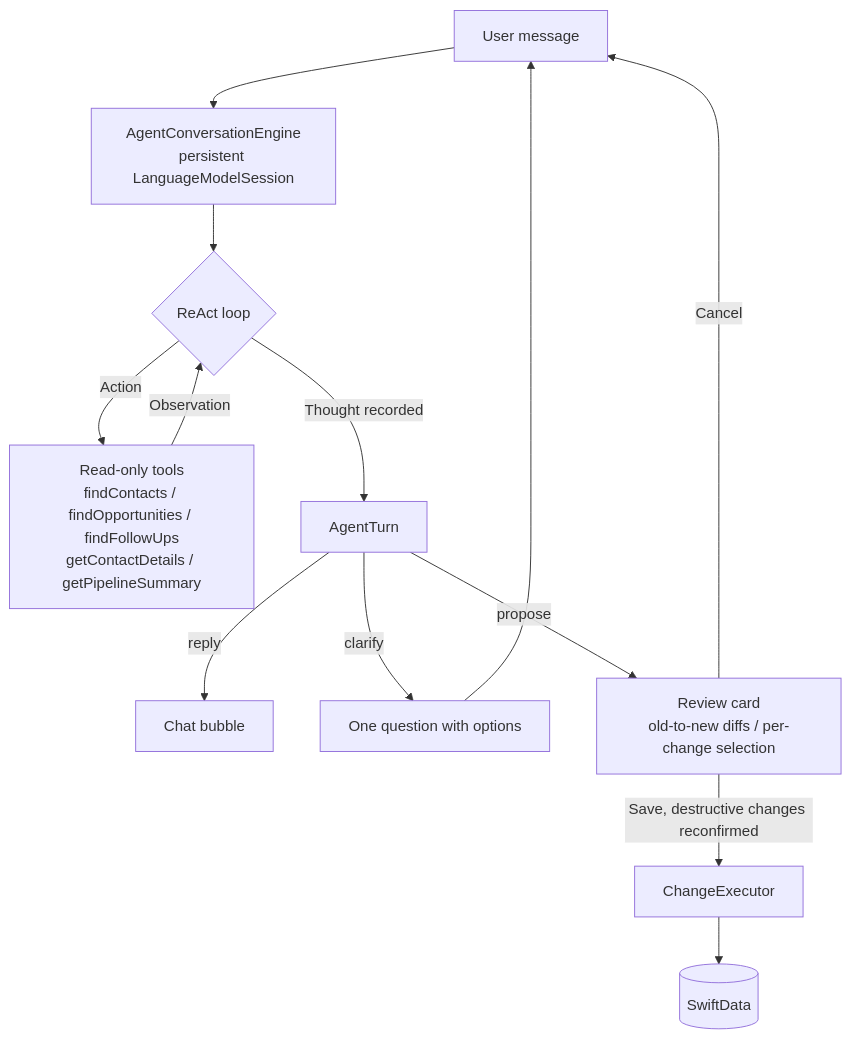
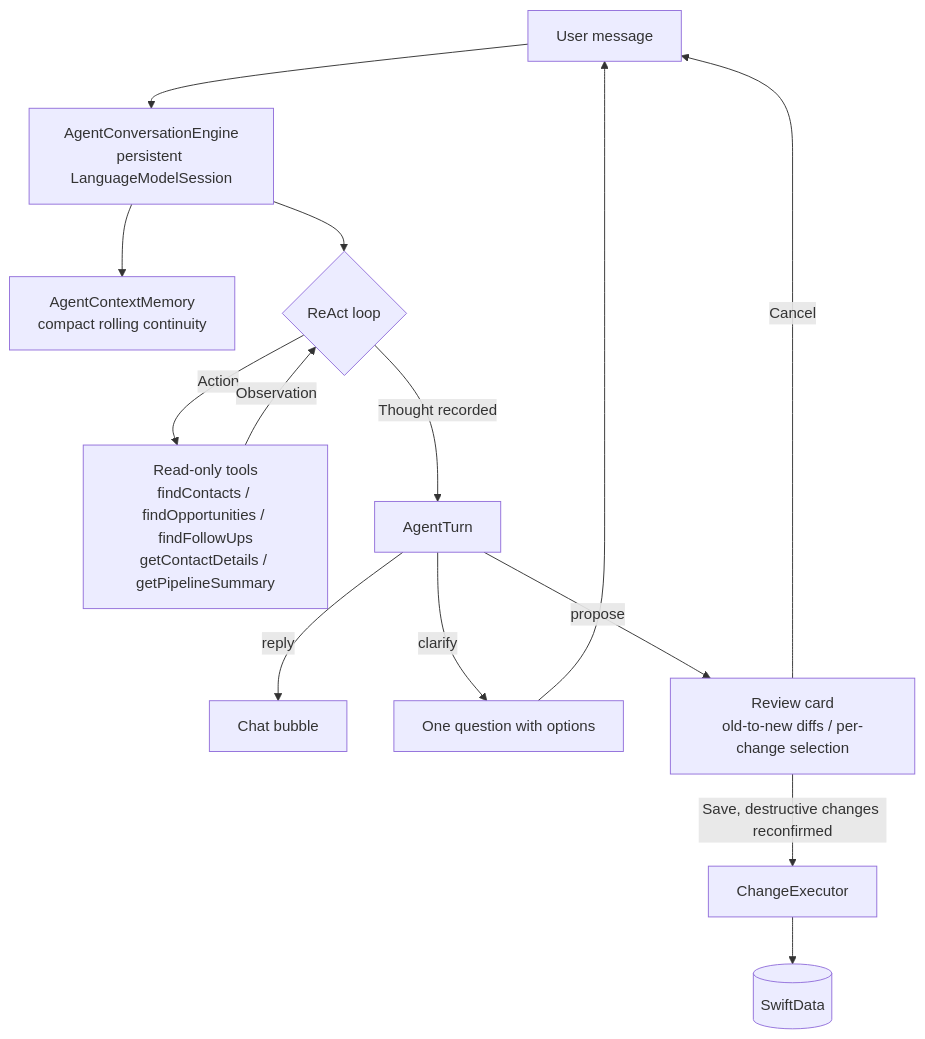
Before and after one commit to phillippbertram/LeadWhisper-AI-iOS: the diagram in README.md, drawn with Mermaid. The commit also changed other lines of this file and 3 other files, not shown here.

First line of the commit message:
feat: Enhance agent context window management and feedback

````diff
--- a/README.md
+++ b/README.md
@@ -27,15 +28,16 @@
 ```mermaid
 flowchart TD
     U[User message] --> E[AgentConversationEngine<br/>persistent LanguageModelSession]
+    E --> M[AgentContextMemory<br/>compact rolling continuity]
     E --> R{ReAct loop}
     R -->|Action| T[Read-only tools<br/>findContacts / findOpportunities / findFollowUps<br/>getContactDetails / getPipelineSummary]
     T -->|Observation| R
     R -->|Thought recorded| A[AgentTurn]
     A -->|reply| C[Chat bubble]
     A -->|clarify| Q[One question with options]
     A -->|propose| V[Review card<br/>old-to-new diffs / per-change selection]
     Q --> U
     V -->|Cancel| U
     V -->|Save, destructive changes reconfirmed| X[ChangeExecutor]
     X --> D[(SwiftData)]
 ```
````
